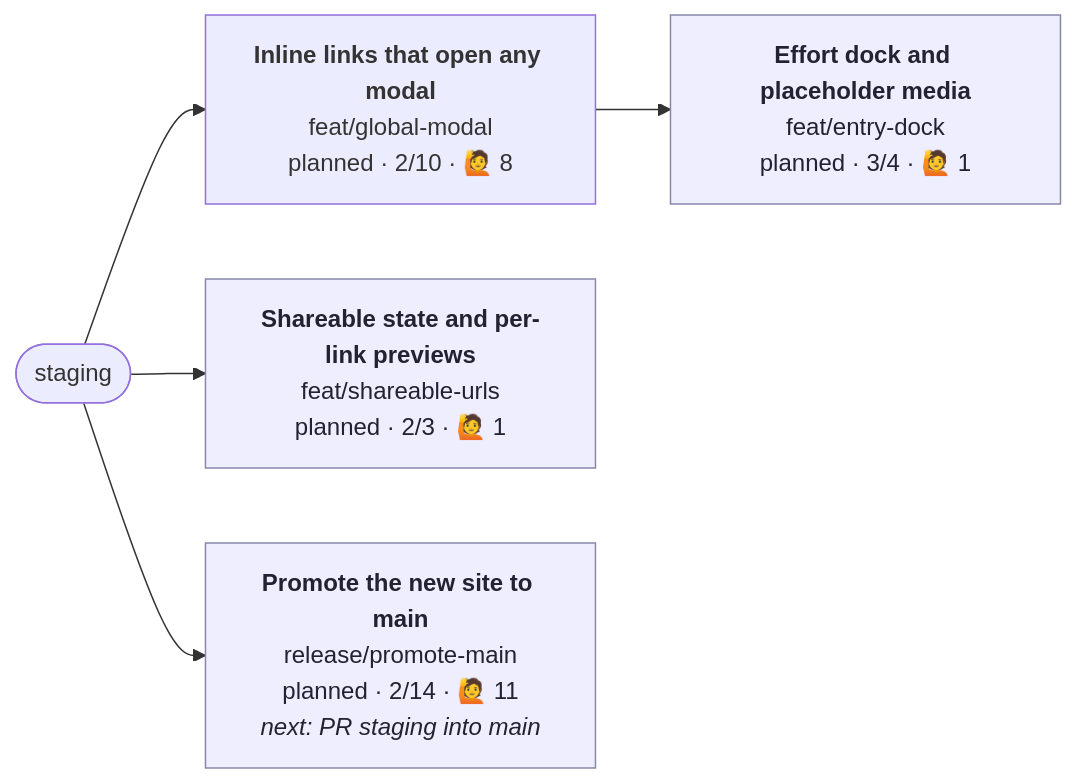
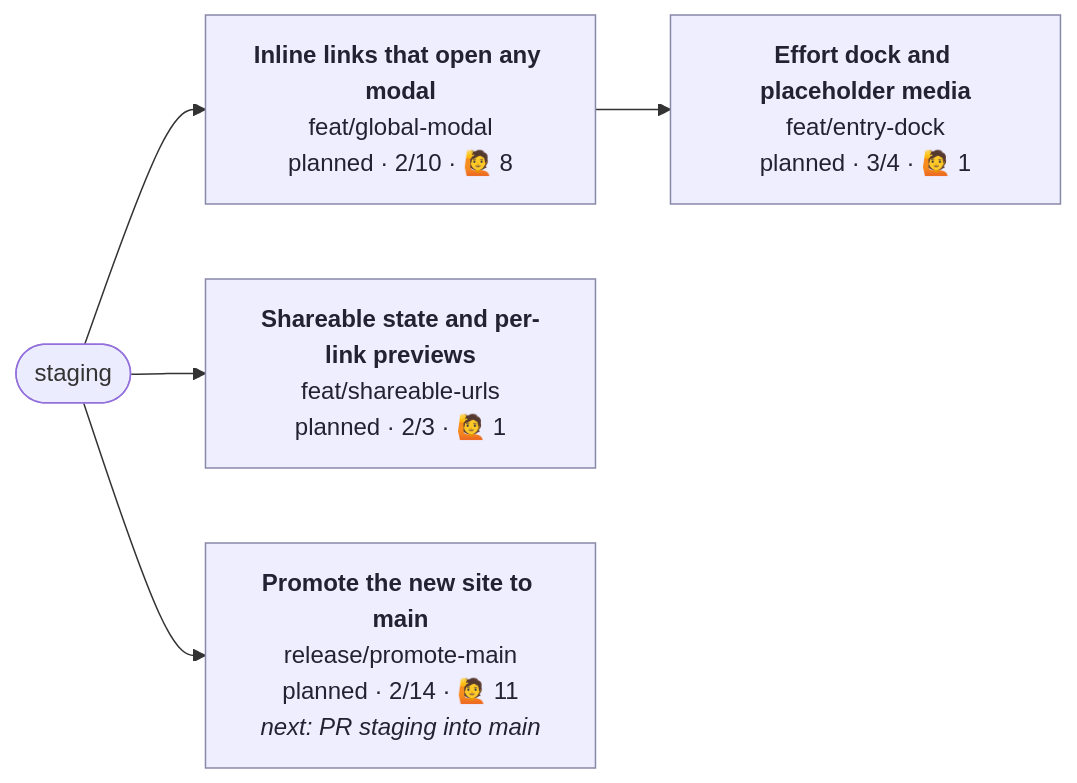
One commit to henryjonescodes/portfolio changed the diagram in CONTRIBUTING.md. Above: the diagram before and after it, drawn with Mermaid. The commit also changed other lines of this file, not shown here.

````diff
--- a/CONTRIBUTING.md
+++ b/CONTRIBUTING.md
@@ -5,21 +5,21 @@
 ```mermaid
 flowchart LR
   n_staging([staging])
   n_feat_entry_dock["<b>Effort dock and placeholder media</b><br/>feat/entry-dock<br/>planned · 3/4 · 🙋 1"]
   class n_feat_entry_dock planned
   n_feat_global_modal --> n_feat_entry_dock
   n_feat_global_modal["<b>Inline links that open any modal</b><br/>feat/global-modal<br/>planned · 2/10 · 🙋 8"]
-  class n_feat_global_modal planned,current
+  class n_feat_global_modal planned
   n_staging --> n_feat_global_modal
   n_feat_shareable_urls["<b>Shareable state and per-link previews</b><br/>feat/shareable-urls<br/>planned · 2/3 · 🙋 1"]
   class n_feat_shareable_urls planned
   n_staging --> n_feat_shareable_urls
   n_release_promote_main["<b>Promote the new site to main</b><br/>release/promote-main<br/>planned · 2/14 · 🙋 11<br/><i>next: PR staging into main</i>"]
   class n_release_promote_main planned
   n_staging --> n_release_promote_main
   classDef planned fill:#eef,stroke:#88a,color:#223
   classDef active fill:#dfd,stroke:#3a3,stroke-width:3px,color:#132
   classDef blocked fill:#fdd,stroke:#c33,color:#311
   classDef review fill:#ffd,stroke:#cc3,color:#331
   classDef current stroke:#06c,stroke-width:4px
 ```
````
